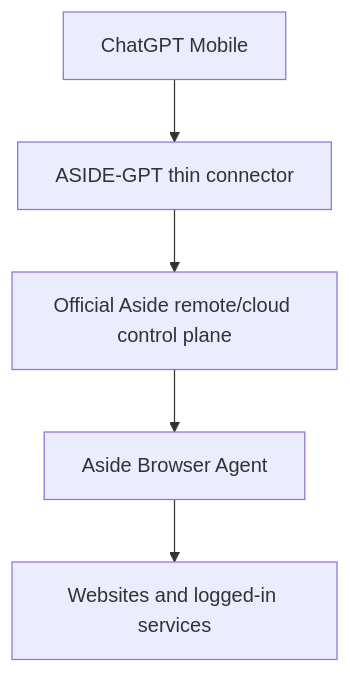
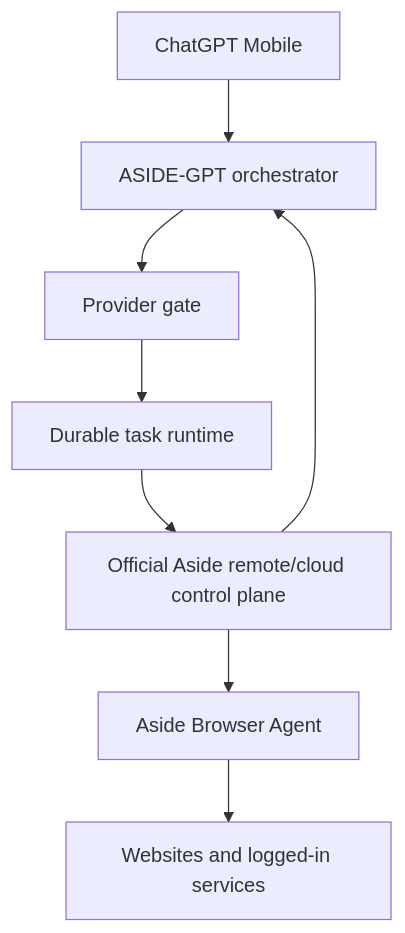
Before and after one commit to khs0927/ASIDE-GPT: the diagram in README.md, drawn with Mermaid. The commit also changed other lines of this file and 12 other files, not shown here.

First line of the commit message:
feat: finalize mobile Aside orchestration engine

````diff
--- a/README.md
+++ b/README.md
@@ -7,7 +7,10 @@
 ```mermaid
 flowchart TD
-    M[ChatGPT Mobile] --> C[ASIDE-GPT thin connector]
-    C --> A[Official Aside remote/cloud control plane]
+    M[ChatGPT Mobile] --> O[ASIDE-GPT orchestrator]
+    O --> G[Provider gate]
+    G --> R[Durable task runtime]
+    R --> A[Official Aside remote/cloud control plane]
     A --> B[Aside Browser Agent]
     B --> W[Websites and logged-in services]
+    A --> O
 ```
````
